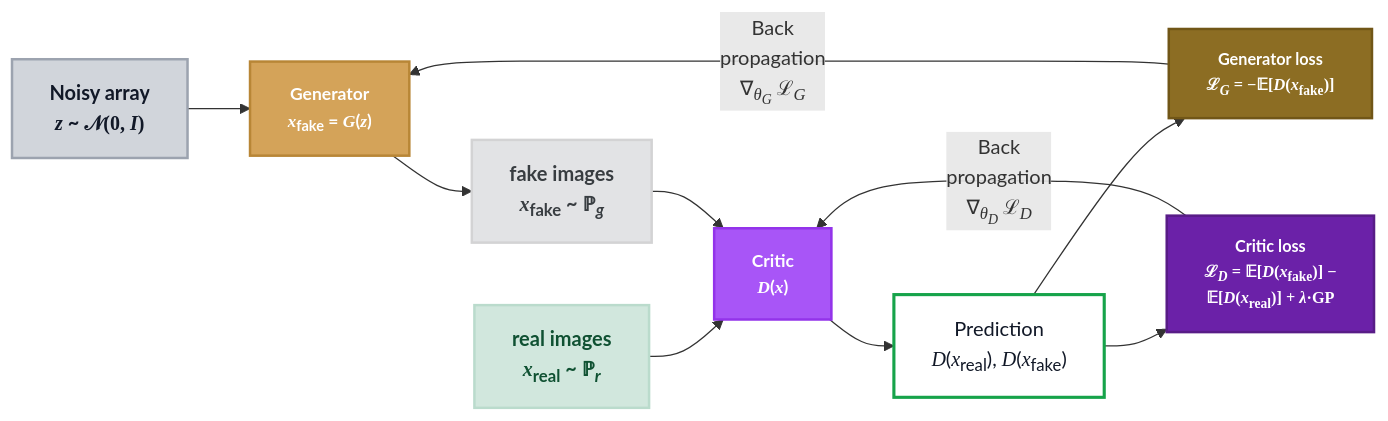
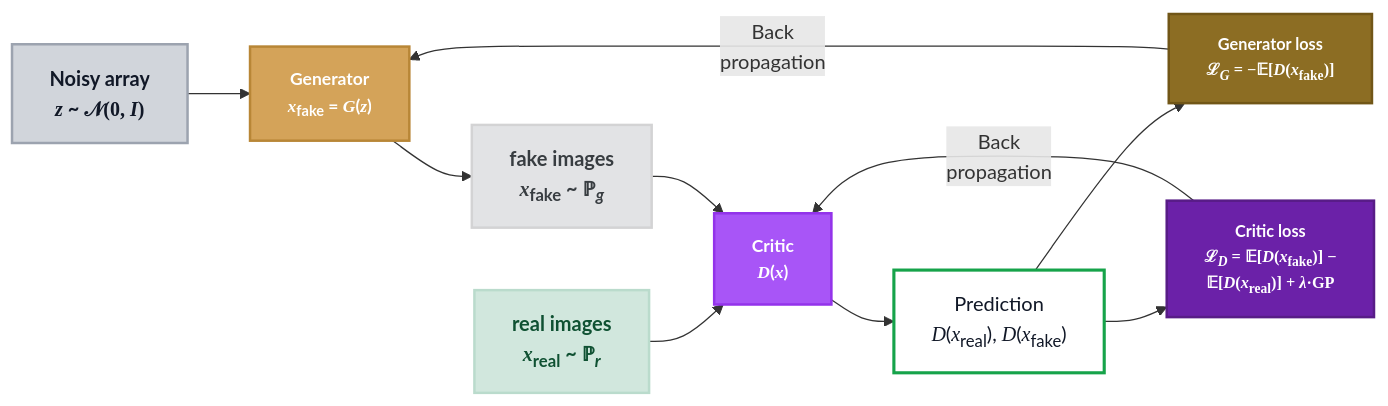
One commit to lennarthesse04/PatternAnalysis-2026 changed the diagram in recognition/WGAN_s5041698/README.md. Above: the diagram before and after it, drawn with Mermaid.

Commit message:
improving displayability for readme in github web view

````diff
--- a/recognition/WGAN_s5041698/README.md
+++ b/recognition/WGAN_s5041698/README.md
@@ -9,45 +9,45 @@
 ```mermaid
 %%{init: {'themeVariables': { 'fontFamily': 'KaTeX_Main, STIX Two Math, "Cambria Math", "Times New Roman", serif' }}}%%
 flowchart LR
     %% Nodes
     Noise["Noisy array<br/><span style='font-family:serif;font-style:italic;'>z</span> ~ <span style='font-family:serif;'>𝒩(0, <i>I</i>)</span>"]
     Gen["Generator<br/><span style='font-family:serif;font-style:italic;'>x</span><sub>fake</sub> = <span style='font-family:serif;font-style:italic;'>G</span>(<span style='font-family:serif;font-style:italic;'>z</span>)"]
     Real["real images<br/><span style='font-family:serif;font-style:italic;'>x</span><sub>real</sub> ~ ℙ<sub><i>r</i></sub>"]
     Fake["fake images<br/><span style='font-family:serif;font-style:italic;'>x</span><sub>fake</sub> ~ ℙ<sub><i>g</i></sub>"]
     Disc["Critic<br/><span style='font-family:serif;font-style:italic;'>D</span>(<span style='font-family:serif;font-style:italic;'>x</span>)"]
     Pred["Prediction<br/><span style='font-family:serif;font-style:italic;'>D</span>(<span style='font-family:serif;font-style:italic;'>x</span><sub>real</sub>), <span style='font-family:serif;font-style:italic;'>D</span>(<span style='font-family:serif;font-style:italic;'>x</span><sub>fake</sub>)"]
     GenLoss["Generator loss<br/><span style='font-family:serif;'>ℒ<sub><i>G</i></sub> = −𝔼[<i>D</i>(<i>x</i><sub>fake</sub>)]</span>"]
     DiscLoss["Critic loss<br/><span style='font-family:serif;'>ℒ<sub><i>D</i></sub> = 𝔼[<i>D</i>(<i>x</i><sub>fake</sub>)] −</br> 𝔼[<i>D</i>(<i>x</i><sub>real</sub>)] + <i>λ</i>·GP</span>"]
 
     %% Forward Connections
     Noise --> Gen
     Gen --> Fake
     Real --> Disc
     Fake --> Disc
     Disc --> Pred
 
     %% Loss & Feedback Connections
     Pred --> GenLoss
     Pred --> DiscLoss
-    GenLoss -->|"Back<br/>propagation<br/><span style='font-family:serif;'>∇<sub><i>θ<sub>G</sub></i></sub> ℒ<sub><i>G</i></sub></span>"| Gen
-    DiscLoss -->|"Back<br/>propagation<br/><span style='font-family:serif;'>∇<sub><i>θ<sub>D</sub></i></sub> ℒ<sub><i>D</i></sub></span>"| Disc
+    GenLoss -->|"Back<br/>propagation<br/>"| Gen
+    DiscLoss -->|"Back<br/>propagation<br/>"| Disc
 
     %% Styling to match reference image layout & colors
     classDef noiseStyle fill:#d1d5db,stroke:#9ca3af,stroke-width:2px,color:#111827,font-weight:bold
     classDef genStyle fill:#d4a359,stroke:#b88636,stroke-width:2px,color:#ffffff,font-weight:bold,font-size:14px
     classDef realStyle fill:#d1e7dd,stroke:#badbcc,stroke-width:2px,color:#0f5132,font-weight:bold
     classDef fakeStyle fill:#e2e3e5,stroke:#d3d3d4,stroke-width:2px,color:#383d41,font-weight:bold
     classDef discStyle fill:#a855f7,stroke:#9333ea,stroke-width:2px,color:#ffffff,font-weight:bold,font-size:14px
     classDef predStyle fill:#ffffff,stroke:#16a34a,stroke-width:2.5px,color:#111827
     classDef genLossStyle fill:#8c6d23,stroke:#715617,stroke-width:2px,color:#ffffff,font-weight:bold,font-size:13px
     classDef discLossStyle fill:#6b21a8,stroke:#581c87,stroke-width:2px,color:#ffffff,font-weight:bold,font-size:13px
 
     class Noise noiseStyle
     class Gen genStyle
     class Real realStyle
     class Fake fakeStyle
     class Disc discStyle
     class Pred predStyle
     class GenLoss genLossStyle
     class DiscLoss discLossStyle
 ```
````
